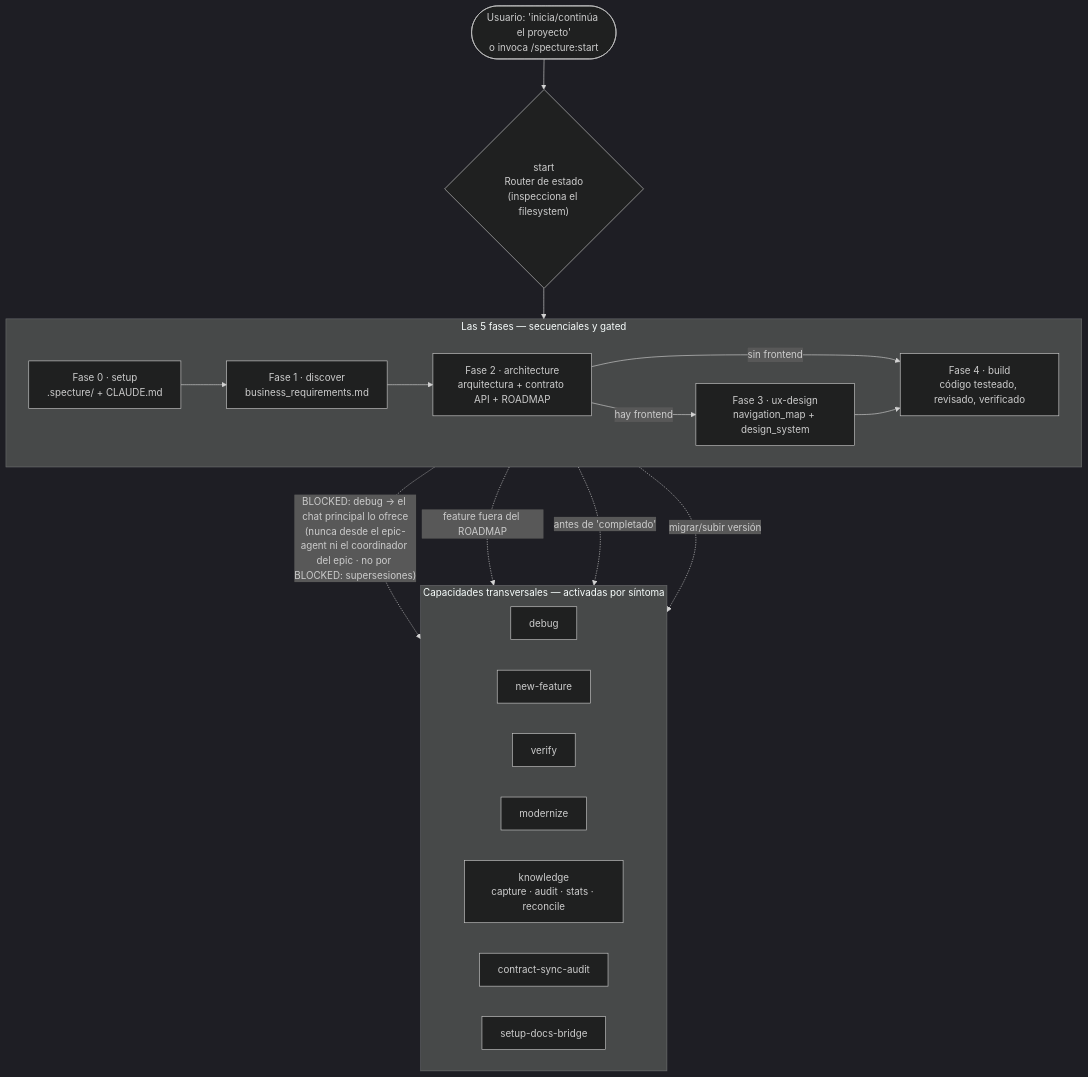
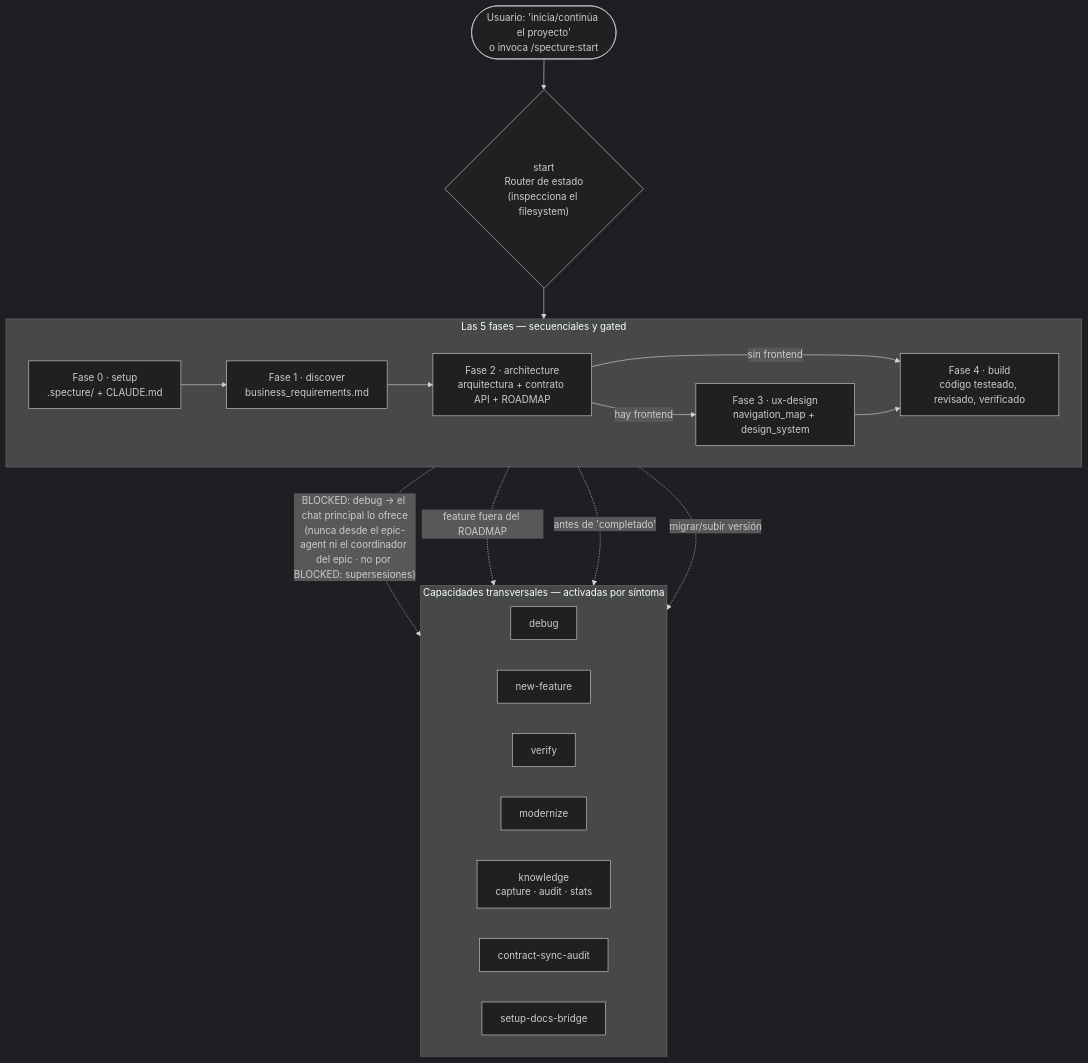
Before and after one commit to FerEscobarDev/Specture: the first of 25 diagrams in docs/execution-flows.md, drawn with Mermaid (dark theme). The commit also changed other lines of this file and 66 other files, not shown here.

````diff
--- a/docs/execution-flows.md
+++ b/docs/execution-flows.md
@@ -35,31 +35,31 @@
 ```mermaid
 flowchart TB
     U(["Usuario: 'inicia/continúa el proyecto'<br/>o invoca /specture:start"]) --> R{"start<br/>Router de estado<br/>(inspecciona el filesystem)"}
 
     subgraph FASES["Las 5 fases — secuenciales y gated"]
       direction LR
       F0["Fase 0 · setup<br/>.specture/ + CLAUDE.md"] --> F1["Fase 1 · discover<br/>business_requirements.md"]
       F1 --> F2["Fase 2 · architecture<br/>arquitectura + contrato API + ROADMAP"]
       F2 -->|"hay frontend"| F3["Fase 3 · ux-design<br/>navigation_map + design_system"]
       F2 -->|"sin frontend"| F4
       F3 --> F4["Fase 4 · build<br/>código testeado, revisado, verificado"]
     end
 
     R --> FASES
 
     subgraph TRANS["Capacidades transversales — activadas por síntoma"]
       direction LR
       T1["debug"]
       T2["new-feature"]
       T3["verify"]
       T4["modernize"]
-      T5["knowledge<br/>capture · audit · stats · reconcile"]
+      T5["knowledge<br/>capture · audit · stats"]
       T7["contract-sync-audit"]
       T8["setup-docs-bridge"]
     end
 
     F4 -.->|"BLOCKED: debug → el chat principal lo ofrece<br/>(nunca desde el epic-agent ni el coordinador del epic · no por BLOCKED: supersesiones)"| T1
     F4 -.->|"feature fuera del ROADMAP"| T2
     F4 -.->|"antes de 'completado'"| T3
     FASES -.->|"migrar/subir versión"| T4
 ```
````
